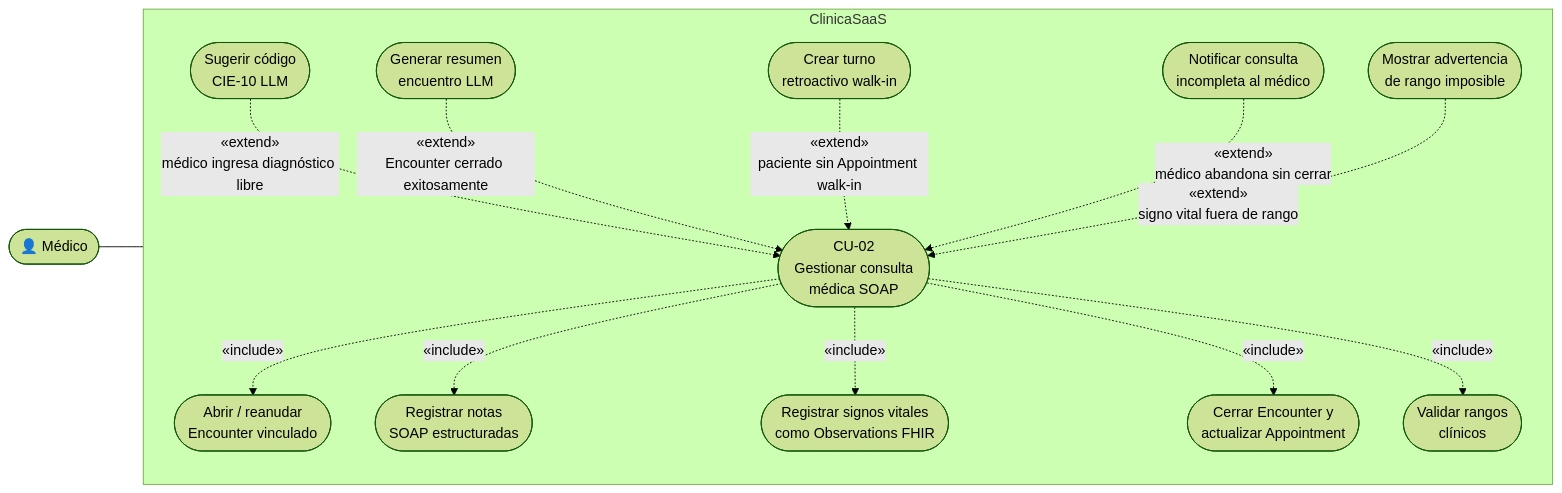
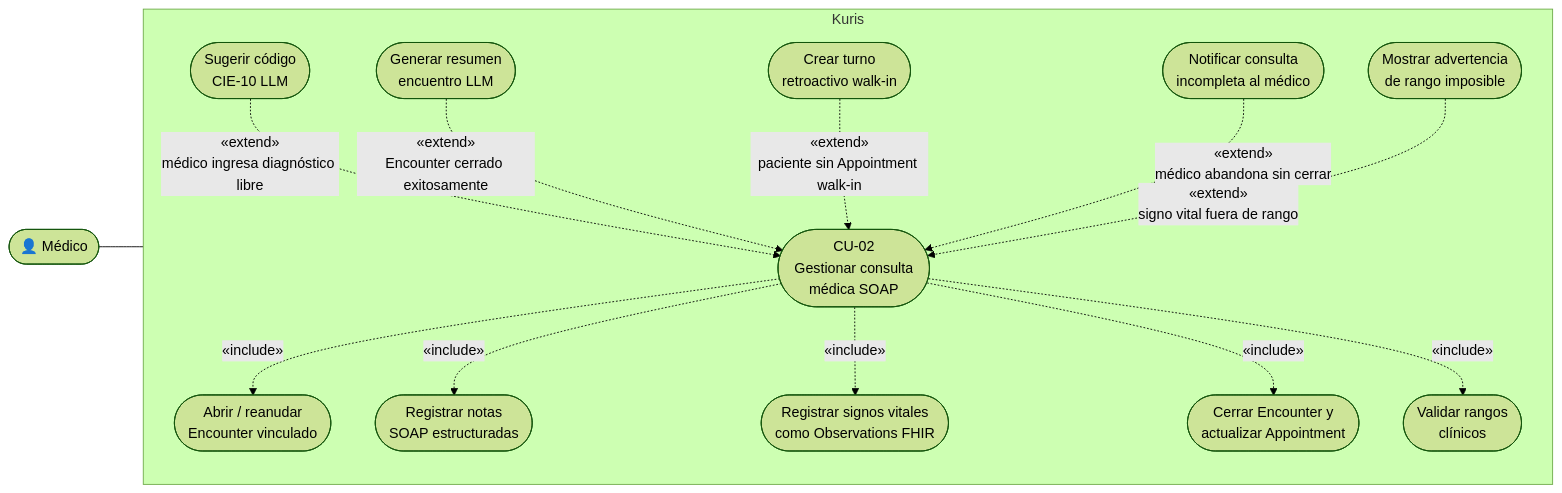
The diagram in zendocs/diagramas/01b-casos-de-uso-cu02.md (JulianDeco/sist_clinica), drawn with Mermaid (forest theme) before and after one commit. The commit also changed 131 other files, not shown here.

First line of the commit message:
chore(brand): renombrar ClinicaSaaS → Kuris en todo el proyecto

````diff
--- a/zendocs/diagramas/01b-casos-de-uso-cu02.md
+++ b/zendocs/diagramas/01b-casos-de-uso-cu02.md
@@ -3,33 +3,33 @@
 ```mermaid
 flowchart LR
     MED(["👤 Médico"])
 
-    subgraph SYS["ClinicaSaaS"]
+    subgraph SYS["Kuris"]
         direction TB
         UC02(["CU-02\nGestionar consulta\nmédica SOAP"])
         UC_OPEN(["Abrir / reanudar\nEncounter vinculado"])
         UC_SOAP(["Registrar notas\nSOAP estructuradas"])
         UC_OBS(["Registrar signos vitales\ncomo Observations FHIR"])
         UC_CLOSE(["Cerrar Encounter y\nactualizar Appointment"])
         UC_RANG(["Validar rangos\nclínicos"])
         UC_CIE10(["Sugerir código\nCIE-10 LLM"])
         UC_LLM(["Generar resumen\nencuentro LLM"])
         UC_WALKIN(["Crear turno\nretroactivo walk-in"])
         UC_INCOMP(["Notificar consulta\nincompleta al médico"])
         UC_WARN(["Mostrar advertencia\nde rango imposible"])
     end
 
     MED --- UC02
 
     UC02 -.->|«include»| UC_OPEN
     UC02 -.->|«include»| UC_SOAP
     UC02 -.->|«include»| UC_OBS
     UC02 -.->|«include»| UC_CLOSE
     UC02 -.->|«include»| UC_RANG
 
     UC_CIE10  -.->|"«extend»\nmédico ingresa diagnóstico libre"| UC02
     UC_LLM    -.->|"«extend»\nEncounter cerrado exitosamente"| UC02
     UC_WALKIN -.->|"«extend»\npaciente sin Appointment walk-in"| UC02
     UC_INCOMP -.->|"«extend»\nmédico abandona sin cerrar"| UC02
     UC_WARN   -.->|"«extend»\nsigno vital fuera de rango"| UC02
 ```
````
